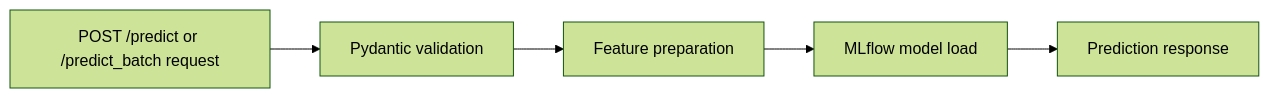
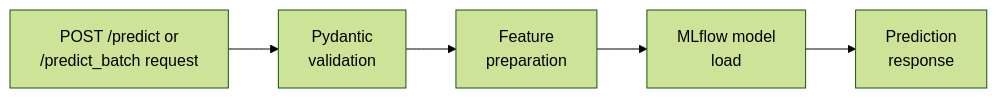
One commit to bootcampyoussef/mle-api-ml-deployment changed the first of 2 diagrams in 02-run-the-api-locally.md. Above: the diagram before and after it, drawn with Mermaid (forest theme). The commit also changed other lines of this file and 9 other files, not shown here.

````diff
--- a/02-run-the-api-locally.md
+++ b/02-run-the-api-locally.md
@@ -13,7 +13,7 @@
 ```mermaid
 flowchart LR
-    A["POST /predict or /predict_batch request"] --> B["Pydantic validation"]
-    B --> C["Feature preparation"]
-    C --> D["MLflow model load"]
-    D --> E["Prediction response"]
+    A["POST /predict or<br>/predict_batch request"] --> B["Pydantic<br>validation"]
+    B --> C["Feature<br>preparation"]
+    C --> D["MLflow model<br>load"]
+    D --> E["Prediction<br>response"]
 ```
````
